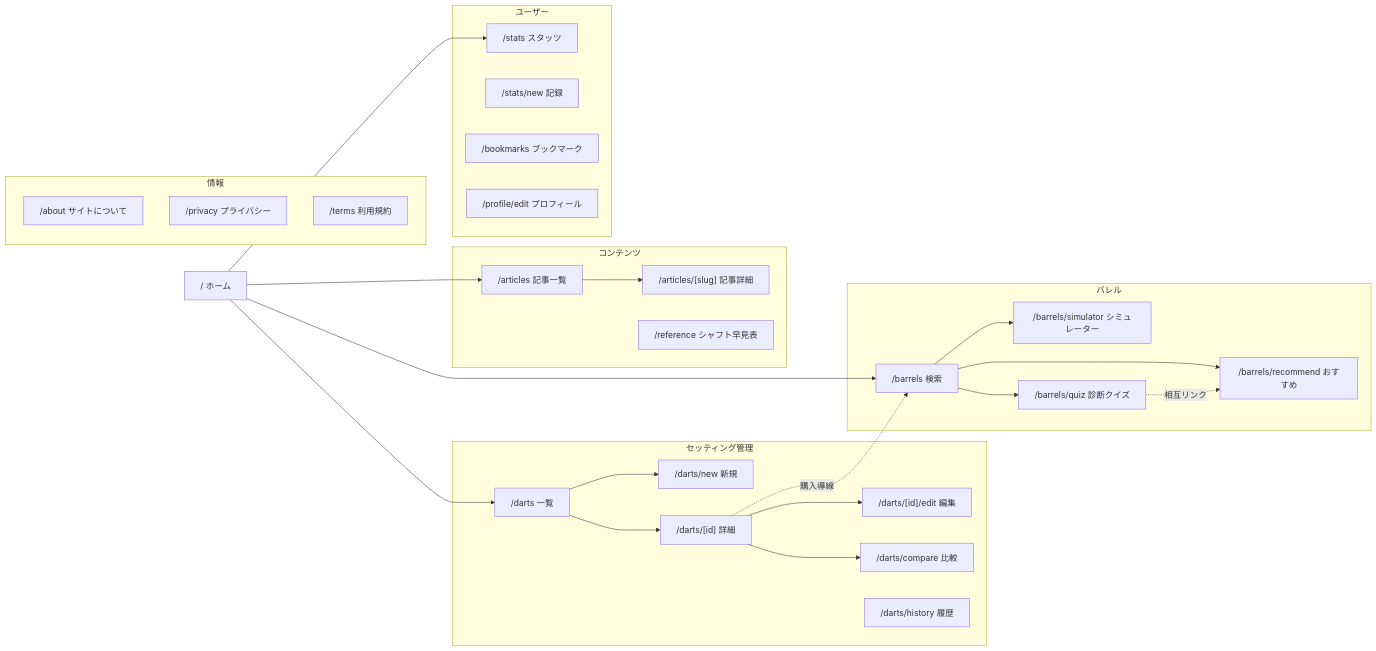
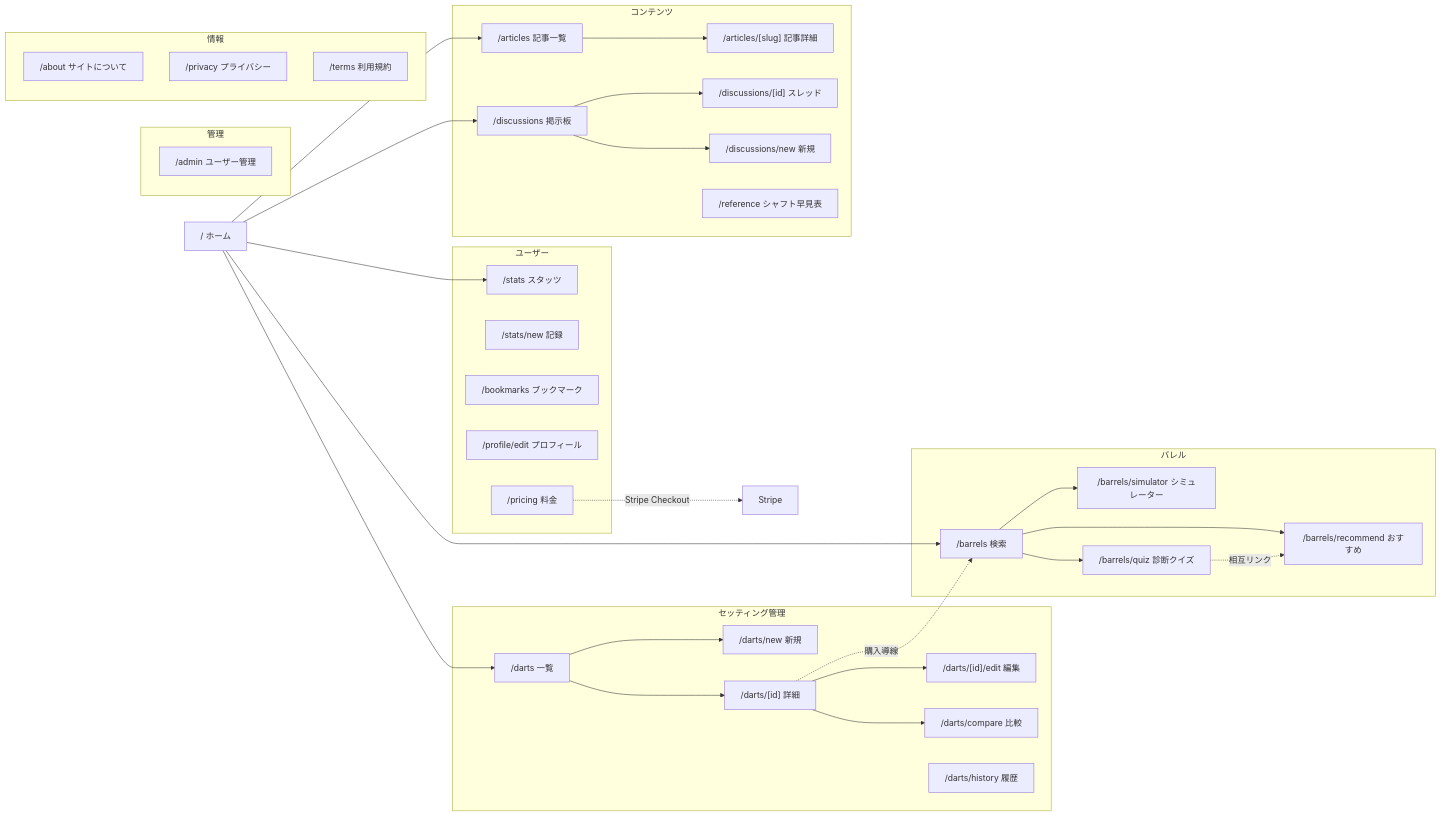
One commit to seiryuu1215/darts-app changed the second of 5 diagrams in docs/ARCHITECTURE.md. Above: the diagram before and after it, drawn with Mermaid. The commit also changed other lines of this file and 1 other file, not shown here.

First line of the commit message:
docs: README・ARCHITECTURE を最新状態に更新

````diff
--- a/docs/ARCHITECTURE.md
+++ b/docs/ARCHITECTURE.md
@@ -56,47 +75,57 @@
 ```mermaid
 graph LR
     Home["/ ホーム"]
 
     subgraph Darts["セッティング管理"]
         DartsList["/darts 一覧"]
         DartsNew["/darts/new 新規"]
         DartsDetail["/darts/[id] 詳細"]
         DartsEdit["/darts/[id]/edit 編集"]
         DartsCompare["/darts/compare 比較"]
         DartsHistory["/darts/history 履歴"]
     end
 
     subgraph Barrels["バレル"]
         BarrelSearch["/barrels 検索"]
         BarrelRecommend["/barrels/recommend おすすめ"]
         BarrelSimulator["/barrels/simulator シミュレーター"]
         BarrelQuiz["/barrels/quiz 診断クイズ"]
     end
 
     subgraph Content["コンテンツ"]
         Articles["/articles 記事一覧"]
         ArticleDetail["/articles/[slug] 記事詳細"]
+        Discussions["/discussions 掲示板"]
+        DiscussionDetail["/discussions/[id] スレッド"]
+        DiscussionNew["/discussions/new 新規"]
         Reference["/reference シャフト早見表"]
     end
 
     subgraph User["ユーザー"]
         Stats["/stats スタッツ"]
         StatsNew["/stats/new 記録"]
         Bookmarks["/bookmarks ブックマーク"]
         Profile["/profile/edit プロフィール"]
+        Pricing["/pricing 料金"]
+    end
+
+    subgraph Admin["管理"]
+        AdminUsers["/admin ユーザー管理"]
     end
 
     subgraph Info["情報"]
         About["/about サイトについて"]
         Privacy["/privacy プライバシー"]
         Terms["/terms 利用規約"]
     end
 
-    Home --> DartsList & BarrelSearch & Articles & Stats
+    Home --> DartsList & BarrelSearch & Articles & Discussions & Stats
     DartsList --> DartsDetail & DartsNew
     DartsDetail --> DartsEdit & DartsCompare
     DartsDetail -.->|購入導線| BarrelSearch
     BarrelSearch --> BarrelRecommend & BarrelSimulator & BarrelQuiz
     BarrelQuiz -.->|相互リンク| BarrelRecommend
     Articles --> ArticleDetail
+    Discussions --> DiscussionDetail & DiscussionNew
+    Pricing -.->|Stripe Checkout| Stripe["Stripe"]
 ```
````
